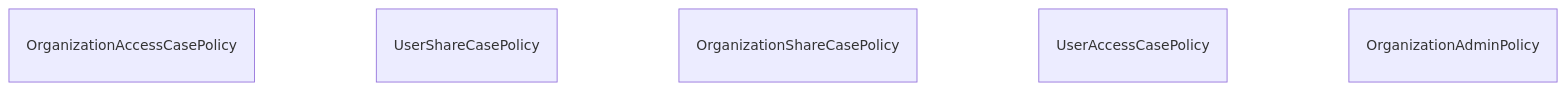
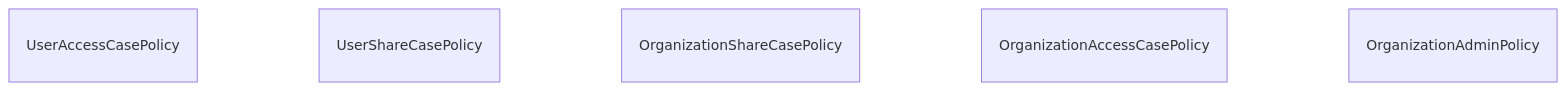
The diagram in docs/erm/casedb.abac.md (RIVM-bioinformatics/gen-epix-api), drawn with Mermaid before and after one commit. The commit also changed other lines of this file and 158 other files, not shown here.

````diff
--- a/docs/erm/casedb.abac.md
+++ b/docs/erm/casedb.abac.md
@@ -5,20 +5,20 @@
 ```mermaid
 erDiagram
     %% casedb / ABAC (simplified)
 
-    OrganizationAccessCasePolicy {
+    UserAccessCasePolicy {
     }
 
     UserShareCasePolicy {
     }
 
     OrganizationShareCasePolicy {
     }
 
-    UserAccessCasePolicy {
+    OrganizationAccessCasePolicy {
     }
 
     OrganizationAdminPolicy {
     }
 
 ```
````
